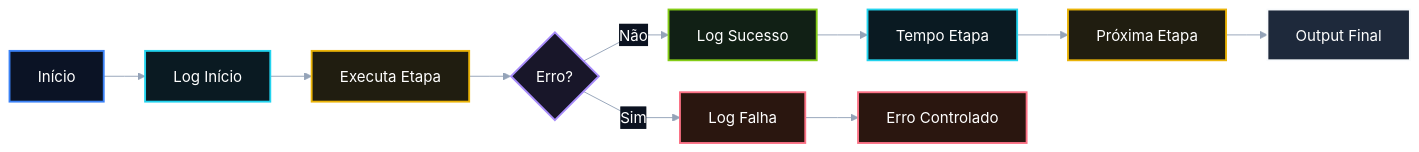
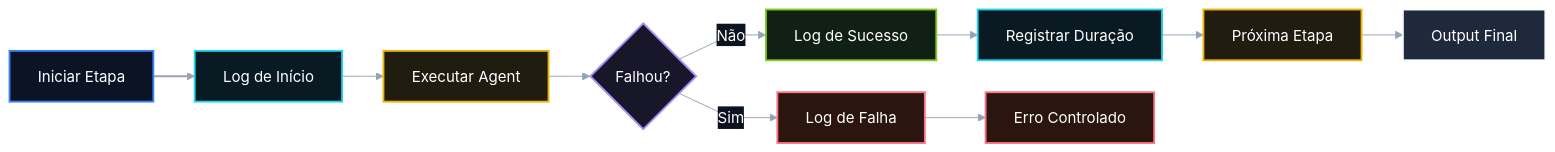
Before and after one commit to matheusdiamantino-betalent/questions-ai: the diagram in PR 90 — Fase 2: Logs Estruturados por Etapa do Fluxo Avançado.md, drawn with Mermaid. The commit also changed other lines of this file, not shown here.

Commit message:
Update PR 90 — Fase 2: Logs Estruturados por Etapa do Fluxo Avançado.md

````diff
--- a/PR 90 — Fase 2: Logs Estruturados por Etapa do Fluxo Avançado.md
+++ b/PR 90 — Fase 2: Logs Estruturados por Etapa do Fluxo Avançado.md
@@ -85,45 +85,52 @@
 ```mermaid
-%%{init:{
-"theme":"base",
-"themeVariables":{
-"background":"#050b16",
-"primaryColor":"#0b1220",
-"primaryTextColor":"#ffffff",
-"primaryBorderColor":"#22d3ee",
-"lineColor":"#94a3b8",
-"secondaryColor":"#0b1220",
-"tertiaryColor":"#0b1220",
-"fontFamily":"Inter, Arial, sans-serif"
-},
-"flowchart":{"curve":"linear","nodeSpacing":34,"rankSpacing":44}
+%%{init: {
+  "theme": "base",
+  "themeVariables": {
+    "background": "#050b16",
+    "primaryColor": "#0b1220",
+    "primaryTextColor": "#ffffff",
+    "primaryBorderColor": "#22d3ee",
+    "lineColor": "#94a3b8",
+    "secondaryColor": "#0b1220",
+    "tertiaryColor": "#0b1220",
+    "fontFamily": "Inter, Arial, sans-serif"
+  },
+  "flowchart": {
+    "htmlLabels": true,
+    "curve": "linear",
+    "nodeSpacing": 34,
+    "rankSpacing": 44
+  }
 }}%%
 flowchart LR
-A["Início"] --> B["Log Início"]
-B --> C["Executa Etapa"]
-C --> D{"Erro?"}
-D -->|Não| E["Log Sucesso"]
-E --> F["Tempo Etapa"]
-F --> G["Próxima Etapa"]
-G --> H["Output Final"]
-D -->|Sim| I["Log Falha"]
-I --> J["Erro Controlado"]
+    A["Iniciar Etapa"] --> B["Log de Início"]
+    B --> C["Executar Agent"]
+    C --> D{"Falhou?"}
+    D -->|Não| E["Log de Sucesso"]
+    E --> F["Registrar Duração"]
+    F --> G["Próxima Etapa"]
+    G --> H["Output Final"]
+    D -->|Sim| I["Log de Falha"]
+    I --> J["Erro Controlado"]
 
-classDef step1 fill:#0b1325,stroke:#3b82f6,stroke-width:2px,color:#ffffff;
-classDef step2 fill:#0a1a22,stroke:#22d3ee,stroke-width:2px,color:#ffffff;
-classDef step3 fill:#201d10,stroke:#eab308,stroke-width:2px,color:#ffffff;
-classDef decision fill:#181629,stroke:#a78bfa,stroke-width:2px,color:#ffffff;
-classDef successBox fill:#112015,stroke:#84cc16,stroke-width:2px,color:#ffffff;
-classDef failureBox fill:#2a160f,stroke:#fb7185,stroke-width:2px,color:#ffffff;
-classDef outputBox fill:#1e293b,stroke:#f8fafc,stroke-width:2px,color:#ffffff;
+    classDef step1 fill:#0b1325,stroke:#3b82f6,stroke-width:2px,color:#ffffff;
+    classDef step2 fill:#0a1a22,stroke:#22d3ee,stroke-width:2px,color:#ffffff;
+    classDef step3 fill:#201d10,stroke:#eab308,stroke-width:2px,color:#ffffff;
+    classDef decision fill:#181629,stroke:#a78bfa,stroke-width:2px,color:#ffffff;
+    classDef successBox fill:#112015,stroke:#84cc16,stroke-width:2px,color:#ffffff;
+    classDef failureBox fill:#2a160f,stroke:#fb7185,stroke-width:2px,color:#ffffff;
+    classDef outputBox fill:#1e293b,stroke:#f8fafc,stroke-width:2px,color:#ffffff;
 
-class A step1;
-class B step2;
-class C step3;
-class D decision;
-class E successBox;
-class F step2;
-class G step3;
-class H outputBox;
-class I failureBox;
-class J failureBox;
+    class A step1;
+    class B step2;
+    class C step3;
+    class D decision;
+    class E successBox;
+    class F step2;
+    class G step3;
+    class H outputBox;
+    class I failureBox;
+    class J failureBox;
+
+    linkStyle 0 stroke:#9ca3af,stroke-width:2px;
 ```
````
